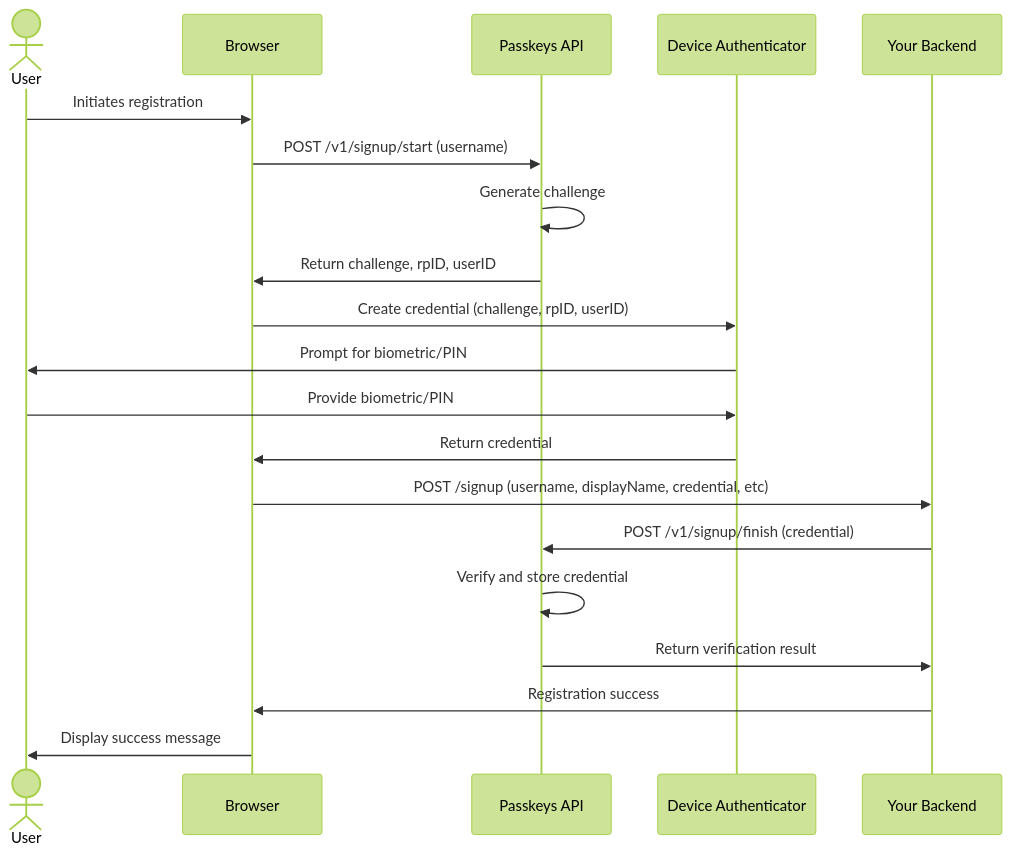
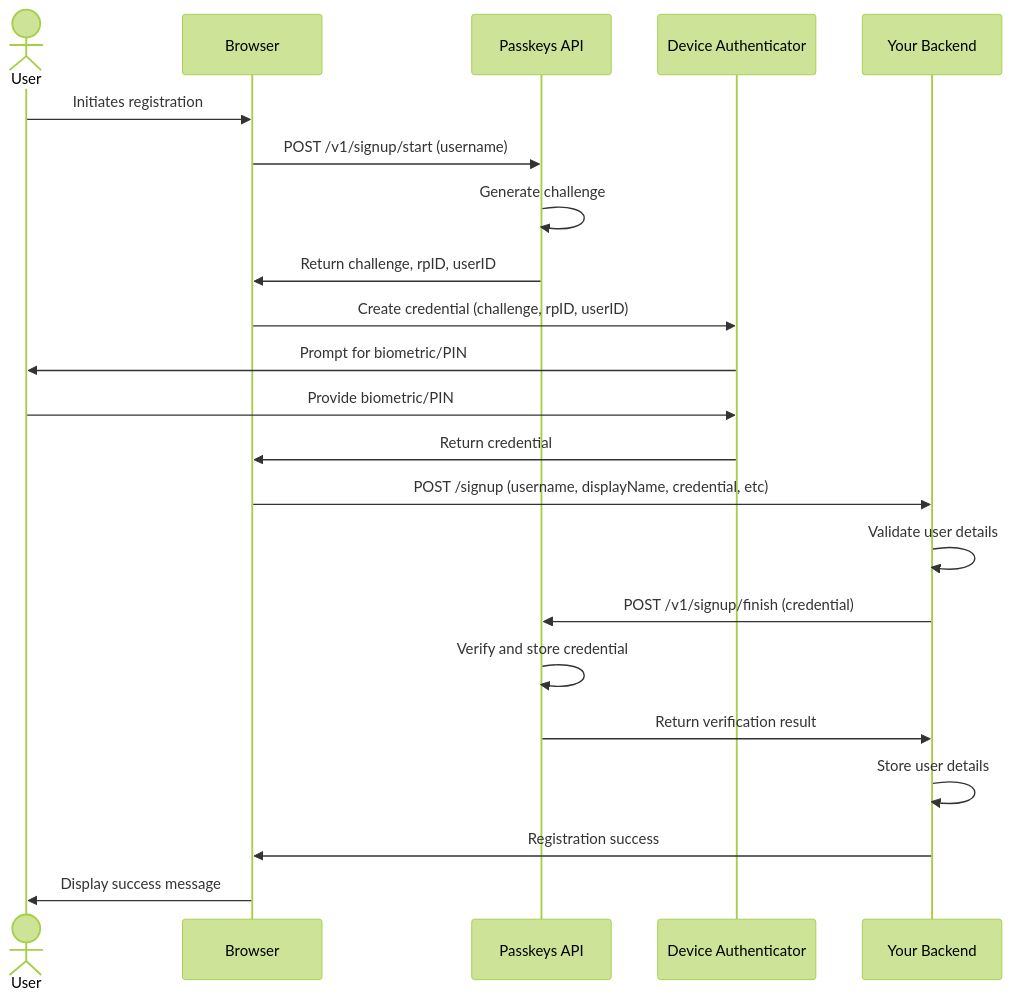
Before and after one commit to helioauth/passkeys-api: the first of 2 diagrams in README.md, drawn with Mermaid (forest theme).

Commit message:
Updated README diagram

````diff
--- a/README.md
+++ b/README.md
@@ -132,23 +132,25 @@
 ```mermaid
 sequenceDiagram
     actor User
     participant Browser
     participant PasskeyAPI as Passkeys API
     participant Authenticator as Device Authenticator
     participant Backend as Your Backend
 
     User->>Browser: Initiates registration
     Browser->>PasskeyAPI: POST /v1/signup/start (username)
     PasskeyAPI->>PasskeyAPI: Generate challenge
     PasskeyAPI->>Browser: Return challenge, rpID, userID
     Browser->>Authenticator: Create credential (challenge, rpID, userID)
     Authenticator->>User: Prompt for biometric/PIN
     User->>Authenticator: Provide biometric/PIN
     Authenticator->>Browser: Return credential
     Browser->>Backend: POST /signup (username, displayName, credential, etc)
+    Backend->>Backend: Validate user details
     Backend->>PasskeyAPI: POST /v1/signup/finish (credential)
     PasskeyAPI->>PasskeyAPI: Verify and store credential
     PasskeyAPI->>Backend: Return verification result
+    Backend->>Backend: Store user details
     Backend->>Browser: Registration success
     Browser->>User: Display success message
 ```
````
